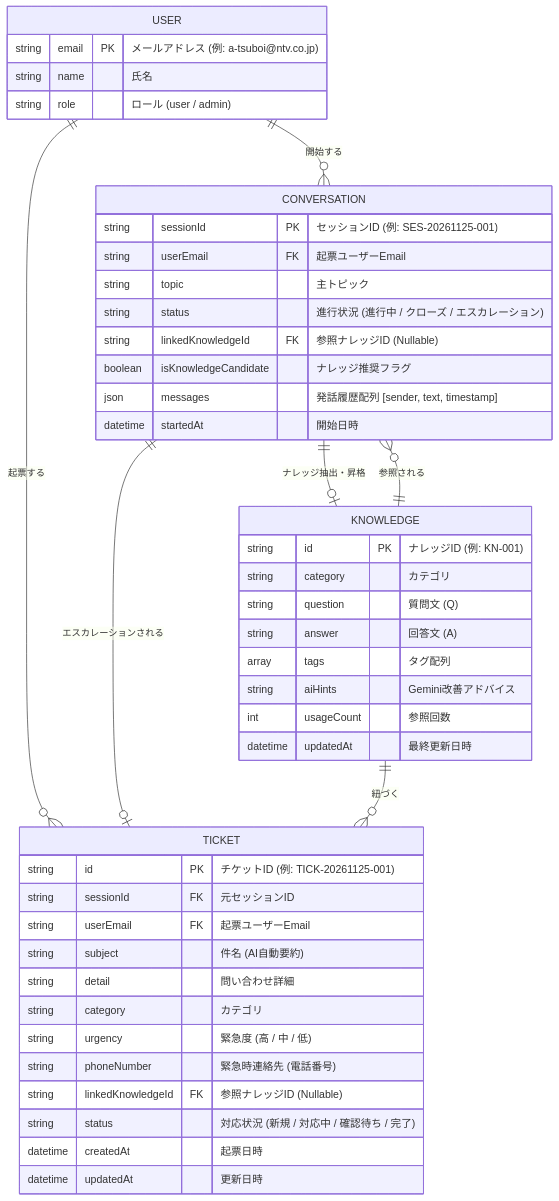
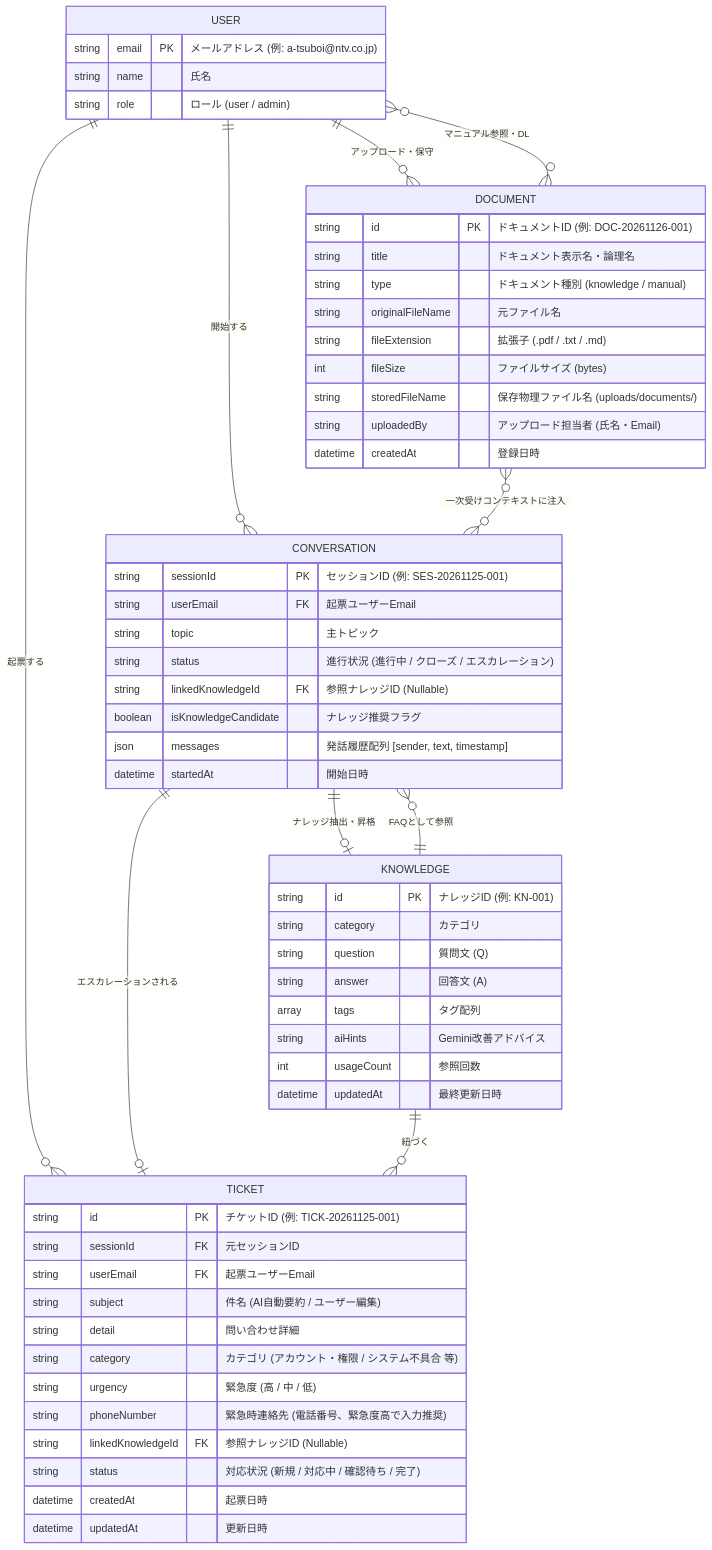
The diagram in docs/data_model_er.md (a-tsuboi-cyber/poc-prism-inquiry), drawn with Mermaid before and after one commit. The commit also changed other lines of this file and 10 other files, not shown here.

````diff
--- a/docs/data_model_er.md
+++ b/docs/data_model_er.md
@@ -12,52 +16,67 @@
 ```mermaid
 erDiagram
     USER ||--o{ CONVERSATION : "開始する"
     USER ||--o{ TICKET : "起票する"
+    USER ||--o{ DOCUMENT : "アップロード・保守"
+    USER }o--o{ DOCUMENT : "マニュアル参照・DL"
     CONVERSATION ||--o| TICKET : "エスカレーションされる"
-    KNOWLEDGE ||--o{ CONVERSATION : "参照される"
+    KNOWLEDGE ||--o{ CONVERSATION : "FAQとして参照"
     KNOWLEDGE ||--o{ TICKET : "紐づく"
+    DOCUMENT }o--o{ CONVERSATION : "一次受けコンテキストに注入"
     CONVERSATION ||--o| KNOWLEDGE : "ナレッジ抽出・昇格"
 
     USER {
         string email PK "メールアドレス (例: a-tsuboi@ntv.co.jp)"
         string name "氏名"
         string role "ロール (user / admin)"
     }
 
     CONVERSATION {
         string sessionId PK "セッションID (例: SES-20261125-001)"
         string userEmail FK "起票ユーザーEmail"
         string topic "主トピック"
         string status "進行状況 (進行中 / クローズ / エスカレーション)"
         string linkedKnowledgeId FK "参照ナレッジID (Nullable)"
         boolean isKnowledgeCandidate "ナレッジ推奨フラグ"
         json messages "発話履歴配列 [sender, text, timestamp]"
         datetime startedAt "開始日時"
     }
 
     TICKET {
         string id PK "チケットID (例: TICK-20261125-001)"
         string sessionId FK "元セッションID"
         string userEmail FK "起票ユーザーEmail"
-        string subject "件名 (AI自動要約)"
+        string subject "件名 (AI自動要約 / ユーザー編集)"
         string detail "問い合わせ詳細"
-        string category "カテゴリ"
+        string category "カテゴリ (アカウント・権限 / システム不具合 等)"
         string urgency "緊急度 (高 / 中 / 低)"
-        string phoneNumber "緊急時連絡先 (電話番号)"
+        string phoneNumber "緊急時連絡先 (電話番号、緊急度高で入力推奨)"
         string linkedKnowledgeId FK "参照ナレッジID (Nullable)"
         string status "対応状況 (新規 / 対応中 / 確認待ち / 完了)"
         datetime createdAt "起票日時"
         datetime updatedAt "更新日時"
     }
 
     KNOWLEDGE {
         string id PK "ナレッジID (例: KN-001)"
         string category "カテゴリ"
         string question "質問文 (Q)"
         string answer "回答文 (A)"
         array tags "タグ配列"
         string aiHints "Gemini改善アドバイス"
         int usageCount "参照回数"
         datetime updatedAt "最終更新日時"
     }
+
+    DOCUMENT {
+        string id PK "ドキュメントID (例: DOC-20261126-001)"
+        string title "ドキュメント表示名・論理名"
+        string type "ドキュメント種別 (knowledge / manual)"
+        string originalFileName "元ファイル名"
+        string fileExtension "拡張子 (.pdf / .txt / .md)"
+        int fileSize "ファイルサイズ (bytes)"
+        string storedFileName "保存物理ファイル名 (uploads/documents/)"
+        string uploadedBy "アップロード担当者 (氏名・Email)"
+        datetime createdAt "登録日時"
+    }
 ```
````
